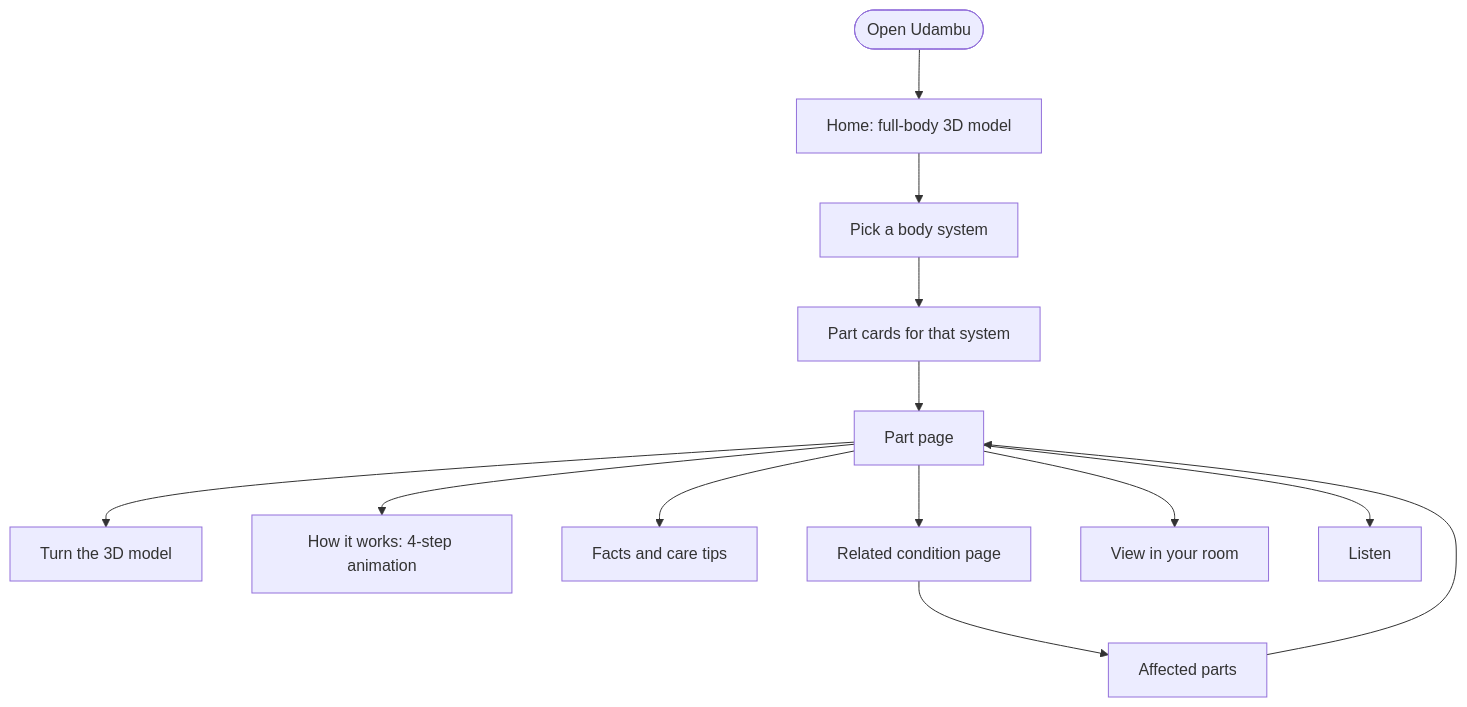
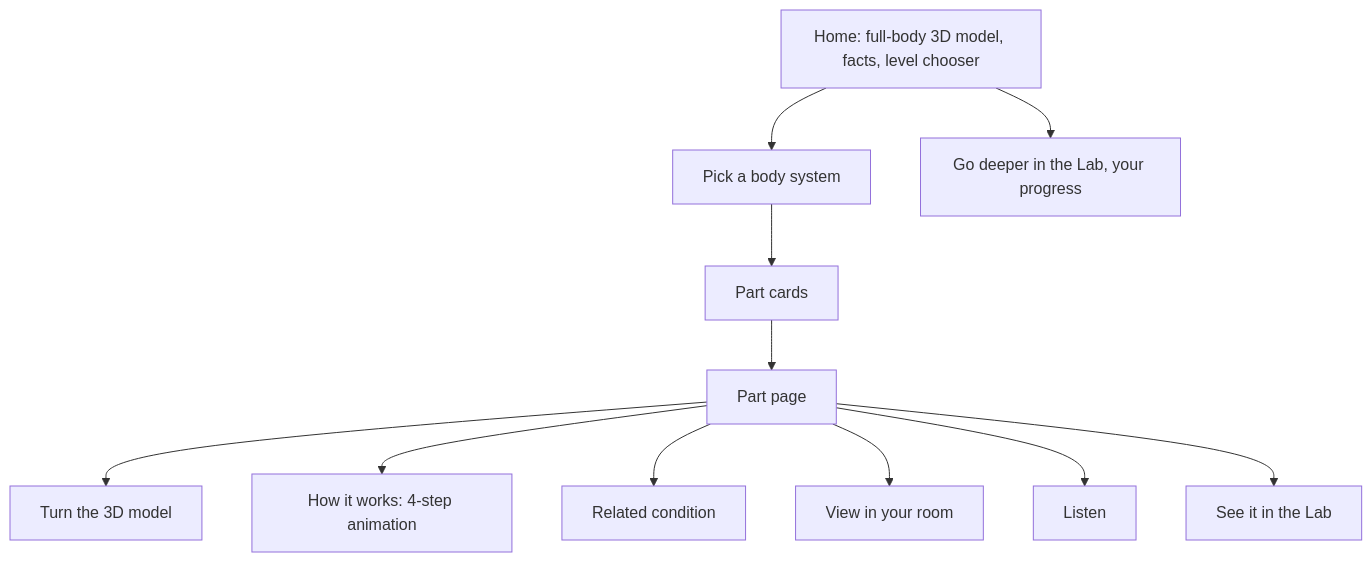
One commit to tgopinath/udambu changed the fourth of 9 diagrams in ARCHITECTURE.md. Above: the diagram before and after it, drawn with Mermaid. The commit also changed other lines of this file and 88 other files, not shown here.

First line of the commit message:
Udambu 2.0: one app, two levels. Explore (plain words, 3D, voice, AR, quiz) + Lab (the Anatomy Lab 3D/VR atlas)

````diff
--- a/ARCHITECTURE.md
+++ b/ARCHITECTURE.md
@@ -54,15 +139,13 @@
 ```mermaid
 flowchart TD
-  S(["Open Udambu"]) --> H["Home: full-body 3D model"]
-  H --> SYS["Pick a body system"]
-  SYS --> C["Part cards for that system"]
+  H["Home: full-body 3D model, facts, level chooser"] --> SYS["Pick a body system"]
+  SYS --> C["Part cards"]
   C --> P["Part page"]
   P --> T3["Turn the 3D model"]
   P --> HOW["How it works: 4-step animation"]
-  P --> FX["Facts and care tips"]
-  P --> ILL["Related condition page"]
+  P --> ILL["Related condition"]
   P --> AR["View in your room"]
   P --> L["Listen"]
-  ILL --> P2["Affected parts"]
-  P2 --> P
+  P --> LAB["See it in the Lab"]
+  H --> LP["Go deeper in the Lab, your progress"]
 ```
````
